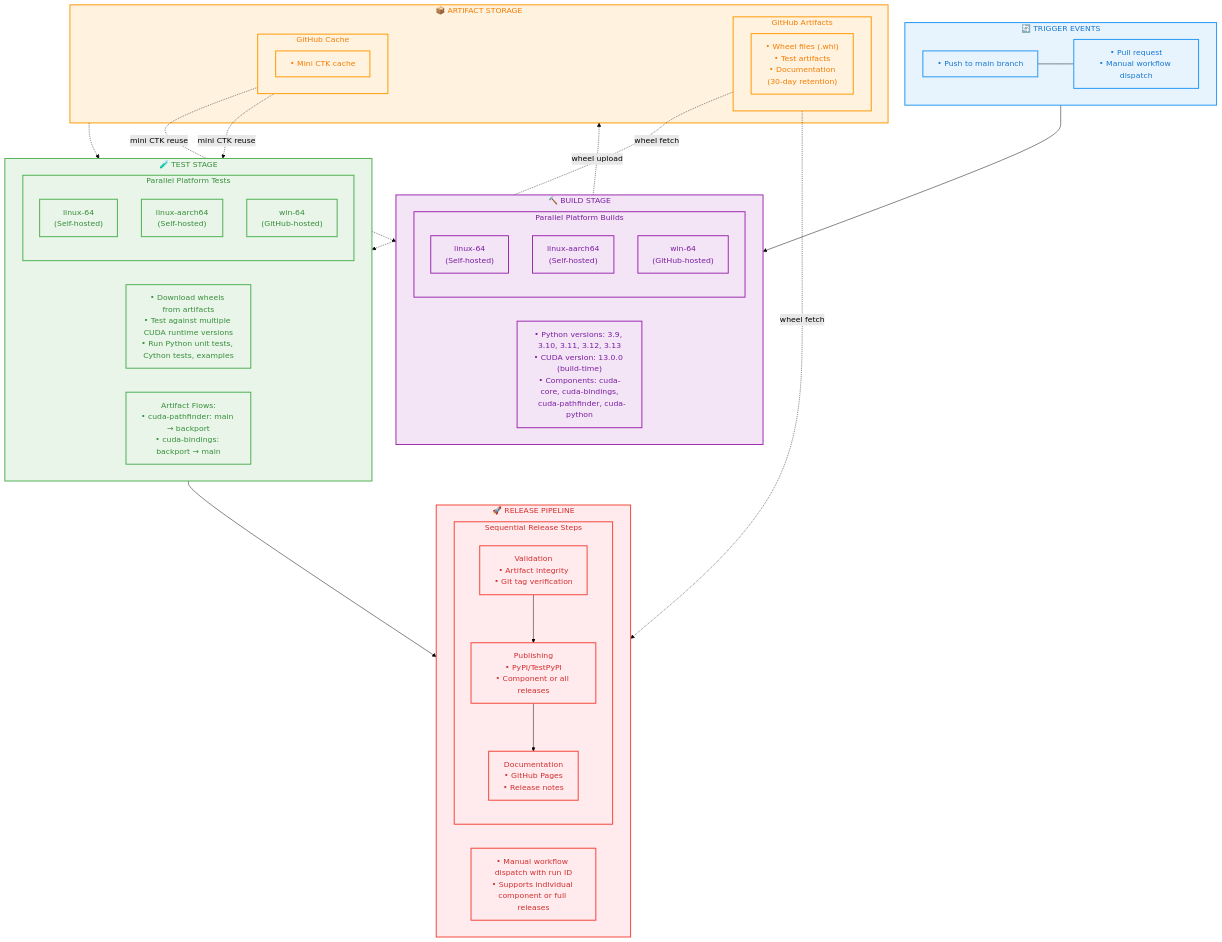
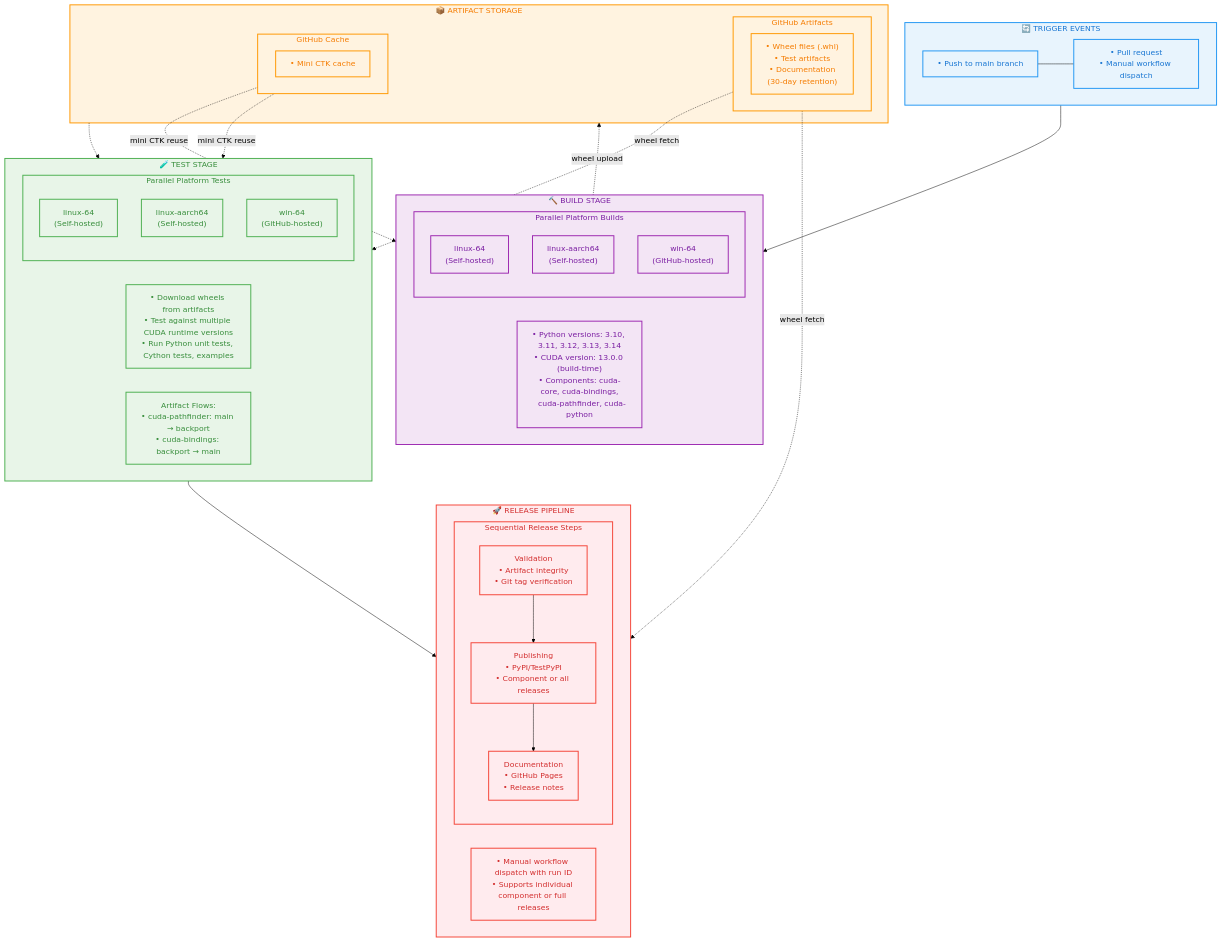
Before and after one commit to NVIDIA/cuda-python: the diagram in CONTRIBUTING.md, drawn with Mermaid (forest theme). The commit also changed 3 other files, not shown here.

````diff
--- a/CONTRIBUTING.md
+++ b/CONTRIBUTING.md
@@ -100,78 +100,78 @@
 ```mermaid
 flowchart TD
     %% Trigger Events
     subgraph TRIGGER["🔄 TRIGGER EVENTS"]
         T1["• Push to main branch"]
         T2["• Pull request<br/>• Manual workflow dispatch"]
         T1 --- T2
     end
 
     %% Build Stage
     subgraph BUILD["🔨 BUILD STAGE"]
         subgraph BUILD_PLATFORMS["Parallel Platform Builds"]
             B1["linux-64<br/>(Self-hosted)"]
             B2["linux-aarch64<br/>(Self-hosted)"]
             B3["win-64<br/>(GitHub-hosted)"]
         end
-        BUILD_DETAILS["• Python versions: 3.9, 3.10, 3.11, 3.12, 3.13<br/>• CUDA version: 13.0.0 (build-time)<br/>• Components: cuda-core, cuda-bindings,<br/>  cuda-pathfinder, cuda-python"]
+        BUILD_DETAILS["• Python versions: 3.10, 3.11, 3.12, 3.13, 3.14<br/>• CUDA version: 13.0.0 (build-time)<br/>• Components: cuda-core, cuda-bindings,<br/>  cuda-pathfinder, cuda-python"]
     end
 
     %% Artifact Storage
     subgraph ARTIFACTS["📦 ARTIFACT STORAGE"]
         subgraph GITHUB_ARTIFACTS["GitHub Artifacts"]
             GA1["• Wheel files (.whl)<br/>• Test artifacts<br/>• Documentation<br/>(30-day retention)"]
         end
         subgraph GITHUB_CACHE["GitHub Cache"]
             GC1["• Mini CTK cache"]
         end
     end
 
     %% Test Stage
     subgraph TEST["🧪 TEST STAGE"]
         subgraph TEST_PLATFORMS["Parallel Platform Tests"]
             TS1["linux-64<br/>(Self-hosted)"]
             TS2["linux-aarch64<br/>(Self-hosted)"]
             TS3["win-64<br/>(GitHub-hosted)"]
         end
         TEST_DETAILS["• Download wheels from artifacts<br/>• Test against multiple CUDA runtime versions<br/>• Run Python unit tests, Cython tests, examples"]
         ARTIFACT_FLOWS["Artifact Flows:<br/>• cuda-pathfinder: main → backport<br/>• cuda-bindings: backport → main"]
     end
 
     %% Release Pipeline
     subgraph RELEASE["🚀 RELEASE PIPELINE"]
         subgraph RELEASE_STAGES["Sequential Release Steps"]
             R1["Validation<br/>• Artifact integrity<br/>• Git tag verification"]
             R2["Publishing<br/>• PyPI/TestPyPI<br/>• Component or all releases"]
             R3["Documentation<br/>• GitHub Pages<br/>• Release notes"]
             R1 --> R2 --> R3
         end
         RELEASE_DETAILS["• Manual workflow dispatch with run ID<br/>• Supports individual component or full releases"]
     end
 
     %% Main Flow
     TRIGGER --> BUILD
     BUILD -.->|"wheel upload"| ARTIFACTS
     ARTIFACTS -.-> TEST
     TEST --> RELEASE
 
     %% Artifact Flow Arrows (Cache Reuse)
     GITHUB_CACHE -.->|"mini CTK reuse"| BUILD
     GITHUB_CACHE -.->|"mini CTK reuse"| TEST
 
     %% Artifact Flow Arrows (Wheel Fetch)
     GITHUB_ARTIFACTS -.->|"wheel fetch"| TEST
     GITHUB_ARTIFACTS -.->|"wheel fetch"| RELEASE
 
     %% Styling
     classDef triggerStyle fill:#e8f4fd,stroke:#2196F3,stroke-width:2px,color:#1976D2
     classDef buildStyle fill:#f3e5f5,stroke:#9C27B0,stroke-width:2px,color:#7B1FA2
     classDef artifactStyle fill:#fff3e0,stroke:#FF9800,stroke-width:2px,color:#F57C00
     classDef testStyle fill:#e8f5e8,stroke:#4CAF50,stroke-width:2px,color:#388E3C
     classDef releaseStyle fill:#ffebee,stroke:#f44336,stroke-width:2px,color:#D32F2F
 
     class TRIGGER,T1,T2 triggerStyle
     class BUILD,BUILD_PLATFORMS,B1,B2,B3,BUILD_DETAILS buildStyle
     class ARTIFACTS,GITHUB_ARTIFACTS,GITHUB_CACHE,GA1,GC1 artifactStyle
     class TEST,TEST_PLATFORMS,TS1,TS2,TS3,TEST_DETAILS,ARTIFACT_FLOWS testStyle
     class RELEASE,RELEASE_STAGES,R1,R2,R3,RELEASE_DETAILS releaseStyle
 ```
````
